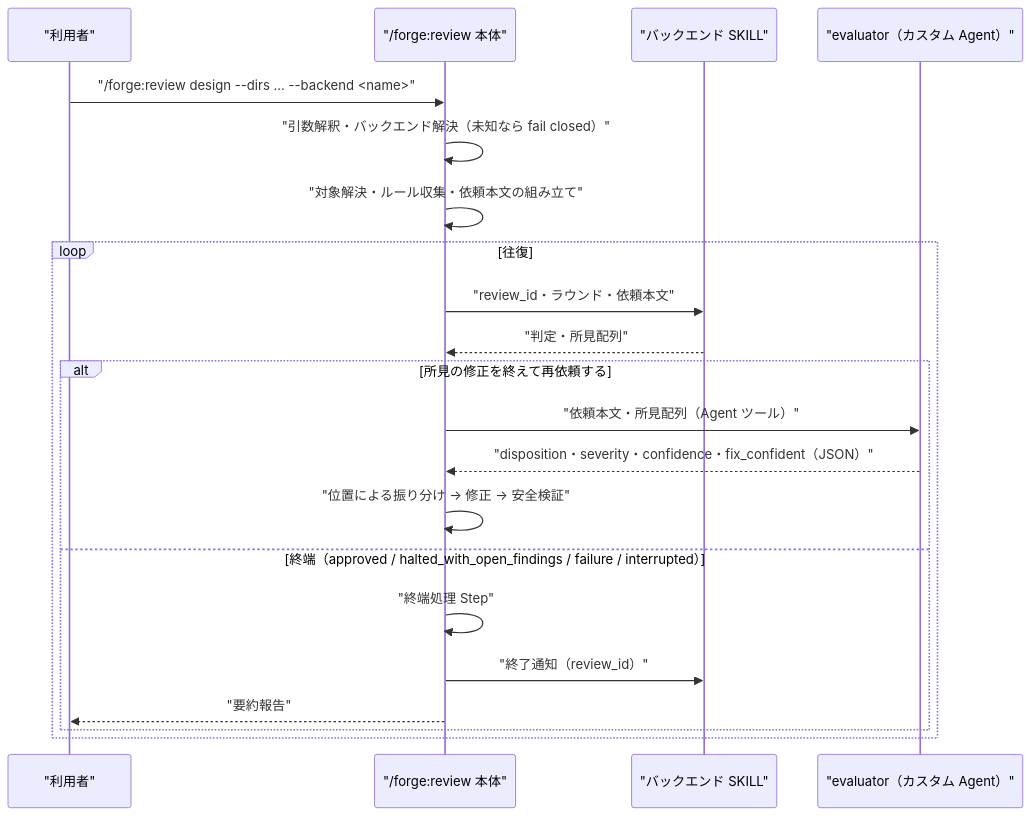
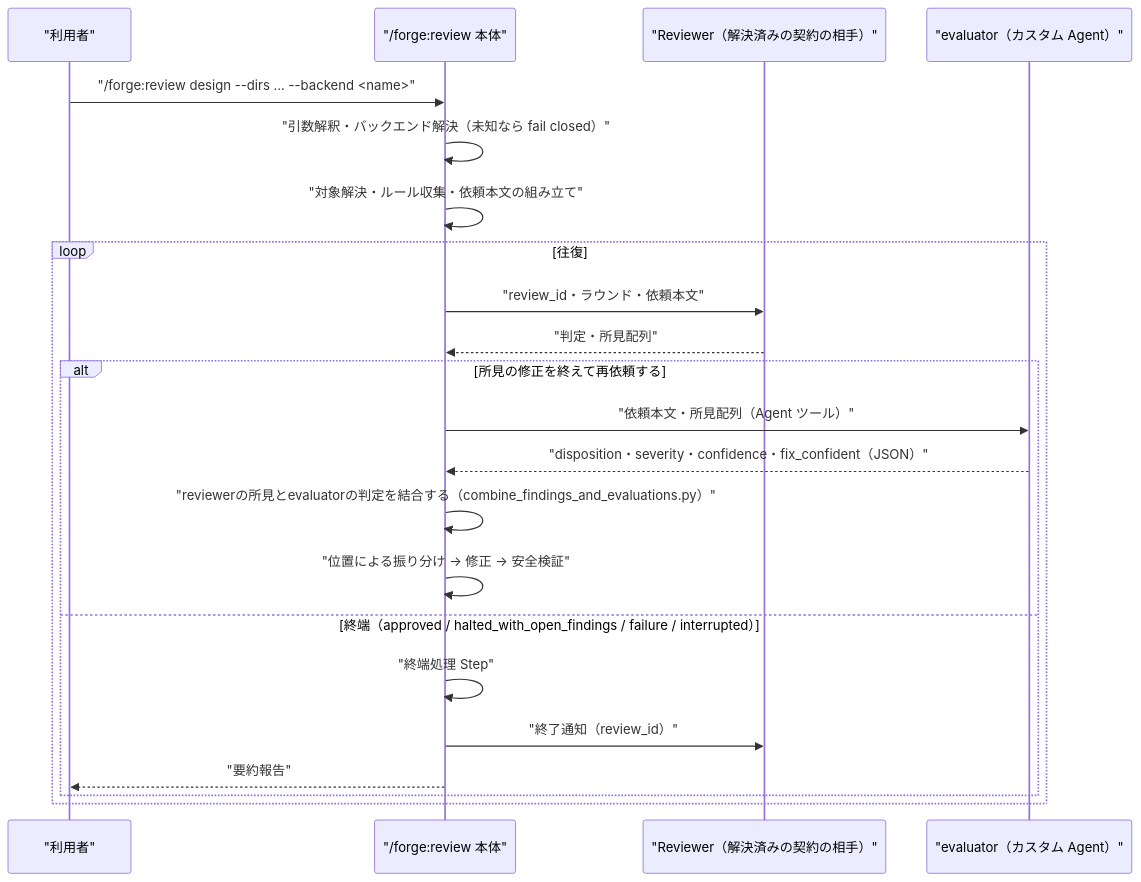
One commit to BlueEventHorizon/bw-cc-plugins changed the second of 2 diagrams in docs/specs/forge/design/DES-066_review_body_design.md. Above: the diagram before and after it, drawn with Mermaid. The commit also changed other lines of this file and 12 other files, not shown here.

````diff
--- a/docs/specs/forge/design/DES-066_review_body_design.md
+++ b/docs/specs/forge/design/DES-066_review_body_design.md
@@ -321,24 +337,25 @@
 ```mermaid
 sequenceDiagram
     participant U as "利用者"
     participant B as "/forge:review 本体"
-    participant K as "バックエンド SKILL"
+    participant R as "Reviewer（解決済みの契約の相手）"
     participant E as "evaluator（カスタム Agent）"
 
     U->>B: "/forge:review design --dirs ... --backend <name>"
     B->>B: "引数解釈・バックエンド解決（未知なら fail closed）"
     B->>B: "対象解決・ルール収集・依頼本文の組み立て"
     loop 往復
-        B->>K: "review_id・ラウンド・依頼本文"
-        K-->>B: "判定・所見配列"
+        B->>R: "review_id・ラウンド・依頼本文"
+        R-->>B: "判定・所見配列"
         alt 所見の修正を終えて再依頼する
             B->>E: "依頼本文・所見配列（Agent ツール）"
             E-->>B: "disposition・severity・confidence・fix_confident（JSON）"
+            B->>B: "reviewerの所見とevaluatorの判定を結合する（combine_findings_and_evaluations.py）"
             B->>B: "位置による振り分け → 修正 → 安全検証"
         else 終端（approved / halted_with_open_findings / failure / interrupted）
             B->>B: "終端処理 Step"
-            B->>K: "終了通知（review_id）"
+            B->>R: "終了通知（review_id）"
             B-->>U: "要約報告"
         end
     end
 ```
````
